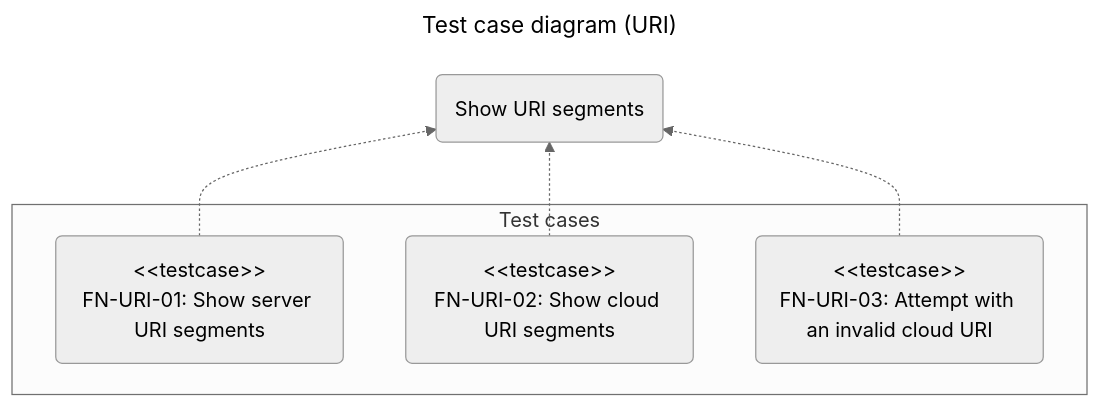
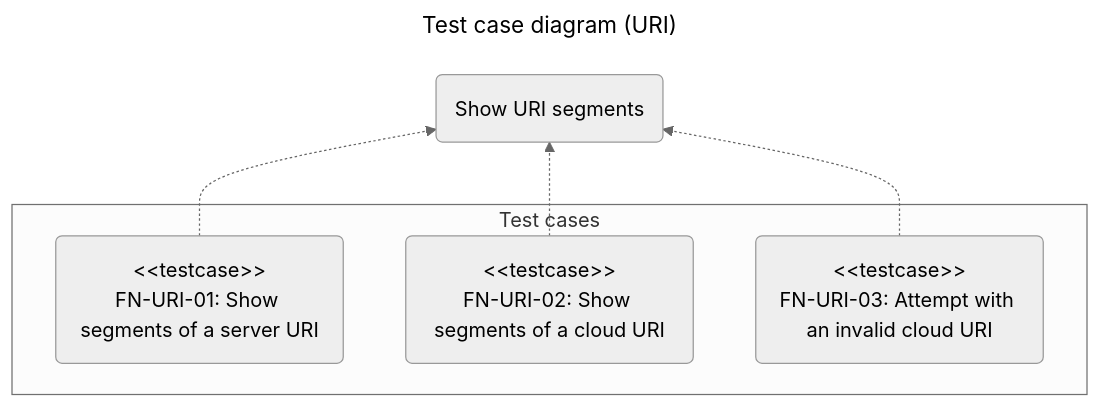
Before and after one commit to chromiodev/chromie-tool: the fourth of 8 diagrams in docs/spec/tests/functional.en.md, drawn with Mermaid (neutral theme). The commit also changed other lines of this file and 9 other files, not shown here.

````diff
--- a/docs/spec/tests/functional.en.md
+++ b/docs/spec/tests/functional.en.md
@@ -320,20 +350,20 @@
 ```mermaid
 ---
 title: Test case diagram (URI)
 config:
 ---
 
 graph BT
   %% use cases
   printUri@{ shape: "rounded", label: "Show URI segments" }
 
   subgraph "Test cases"
-    printServerUri@{ shape: "rounded", label: "#lt;#lt;testcase>><br>FN-URI-01: Show server URI segments" }
-    printCloudUri@{ shape: "rounded", label: "#lt;#lt;testcase>><br>FN-URI-02: Show cloud URI segments" }
+    printServerUri@{ shape: "rounded", label: "#lt;#lt;testcase>><br>FN-URI-01: Show segments of a server URI" }
+    printCloudUri@{ shape: "rounded", label: "#lt;#lt;testcase>><br>FN-URI-02: Show segments of a cloud URI" }
     invalidCloudUri@{ shape: "rounded", label: "#lt;#lt;testcase>><br>FN-URI-03: Attempt with an invalid cloud URI" }
   end
 
   printServerUri -.-> printUri
   printCloudUri -.-> printUri
   invalidCloudUri -.-> printUri
 ```
````
